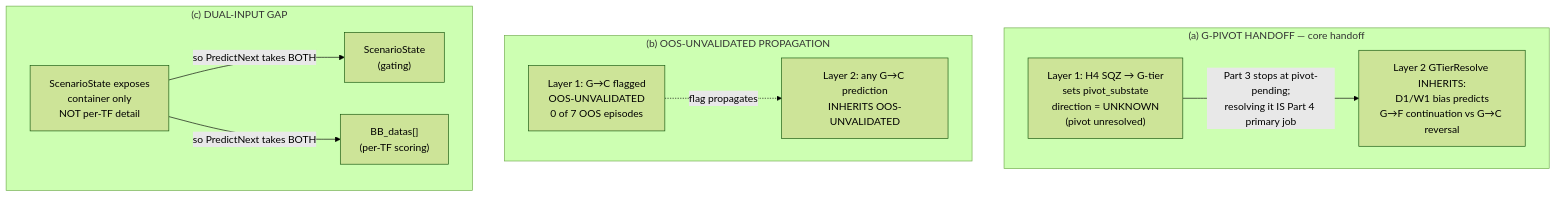
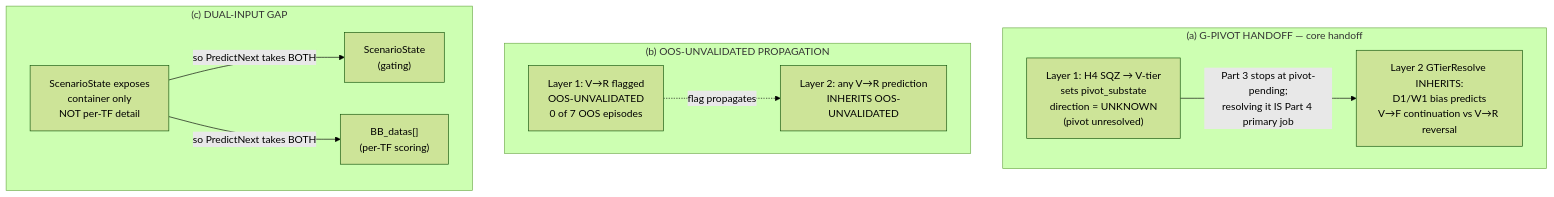
The sixth of 19 diagrams in references/ARCHITECTURE.md (Terrypang89/BB_MTF_M15_STRATEGY), drawn with Mermaid (forest theme) before and after one commit. The commit also changed other lines of this file and 12 other files, not shown here.

````diff
--- a/references/ARCHITECTURE.md
+++ b/references/ARCHITECTURE.md
@@ -421,22 +421,22 @@
 ```mermaid
 flowchart TD
     subgraph A["(a) G-PIVOT HANDOFF — core handoff"]
-        L1a["Layer 1: H4 SQZ → G-tier<br/>sets pivot_substate<br/>direction = UNKNOWN<br/>(pivot unresolved)"]
-        L2a["Layer 2 GTierResolve INHERITS:<br/>D1/W1 bias predicts<br/>G→F continuation vs G→C reversal"]
+        L1a["Layer 1: H4 SQZ → V-tier<br/>sets pivot_substate<br/>direction = UNKNOWN<br/>(pivot unresolved)"]
+        L2a["Layer 2 GTierResolve INHERITS:<br/>D1/W1 bias predicts<br/>V→F continuation vs V→R reversal"]
         L1a -->|"Part 3 stops at pivot-pending;<br/>resolving it IS Part 4 primary job"| L2a
     end
 
     subgraph B["(b) OOS-UNVALIDATED PROPAGATION"]
-        L1b["Layer 1: G→C flagged<br/>OOS-UNVALIDATED<br/>0 of 7 OOS episodes"]
-        L2b["Layer 2: any G→C prediction<br/>INHERITS OOS-UNVALIDATED"]
+        L1b["Layer 1: V→R flagged<br/>OOS-UNVALIDATED<br/>0 of 7 OOS episodes"]
+        L2b["Layer 2: any V→R prediction<br/>INHERITS OOS-UNVALIDATED"]
         L1b -.->|"flag propagates"| L2b
     end
 
     subgraph C["(c) DUAL-INPUT GAP"]
         L1c["ScenarioState exposes<br/>container only<br/>NOT per-TF detail"]
         L2c1["ScenarioState<br/>(gating)"]
         L2c2["BB_datas[]<br/>(per-TF scoring)"]
         L1c -->|"so PredictNext takes BOTH"| L2c1
         L1c -->|"so PredictNext takes BOTH"| L2c2
     end
 ```
````
